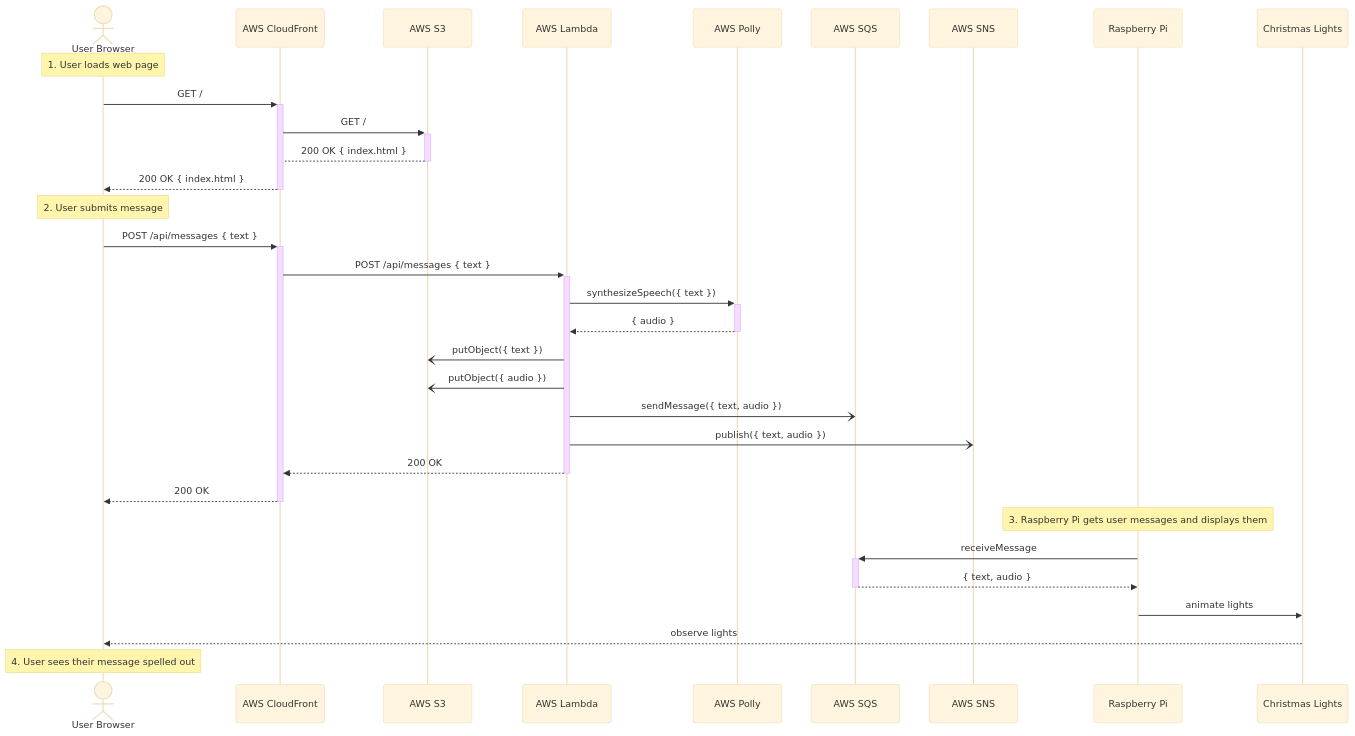
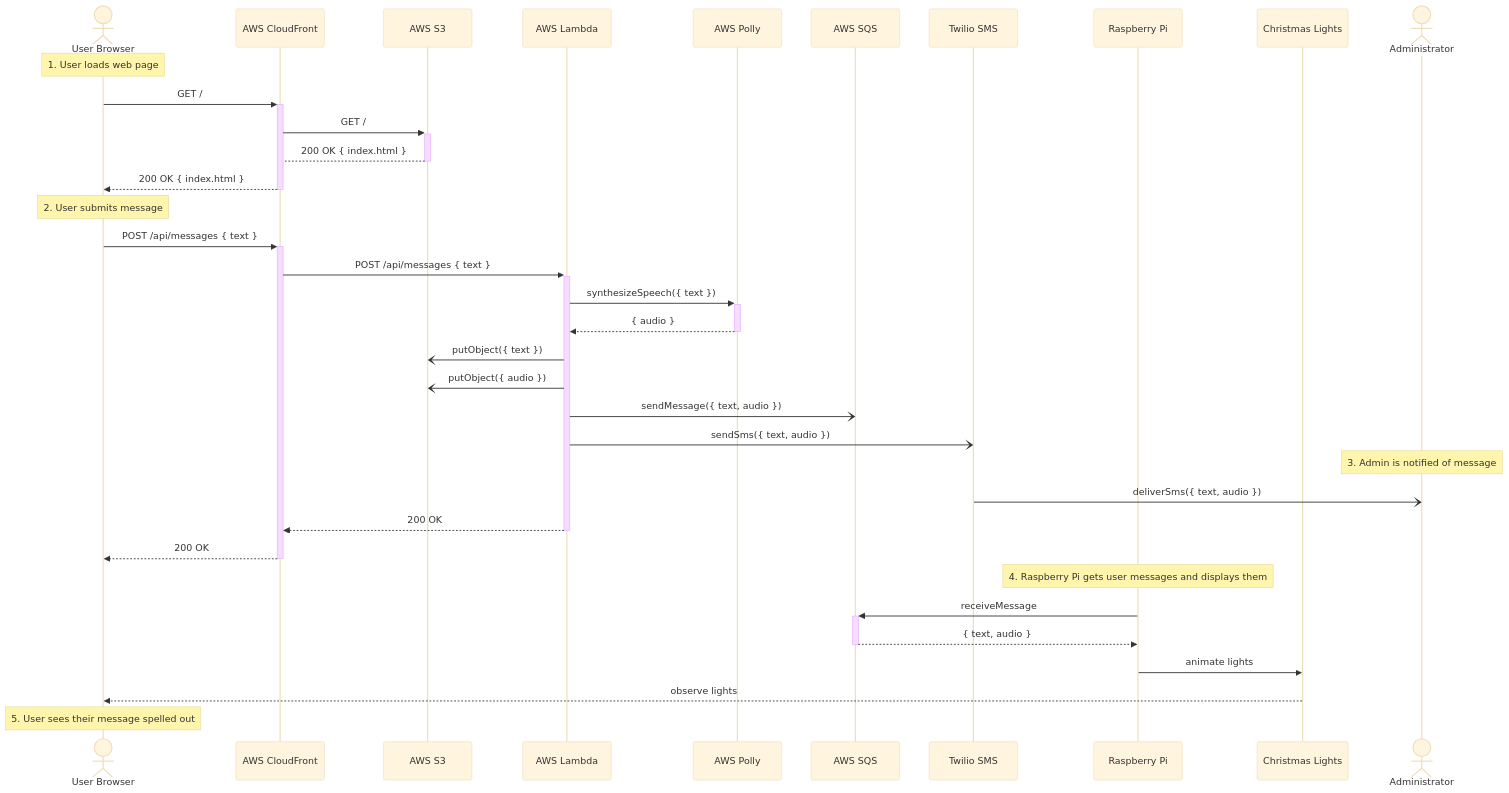
Before and after one commit to robertbullen/upside-down-messages: the diagram in README.md, drawn with Mermaid (base theme). The commit also changed other lines of this file and 37 other files, not shown here.

````diff
--- a/README.md
+++ b/README.md
@@ -29,44 +31,48 @@
 ```mermaid
 sequenceDiagram
     actor user as User Browser
     participant cloudfront as AWS CloudFront
     participant s3 as AWS S3
     participant lambda as AWS Lambda
     participant polly as AWS Polly
     participant sqs as AWS SQS
-    participant sns as AWS SNS
+    participant twilio as Twilio SMS
     participant pi as Raspberry Pi
     participant lights as Christmas Lights
+    actor admin as Administrator
 
     Note over user: 1. User loads web page
 
     user->>+cloudfront: GET /
         cloudfront->>+s3: GET /
         s3-->-cloudfront: 200 OK { index.html }
     cloudfront-->>-user: 200 OK { index.html }
 
     Note over user: 2. User submits message
 
     user->>+cloudfront: POST /api/messages { text }
         cloudfront->>+lambda: POST /api/messages { text }
             lambda->>+polly: synthesizeSpeech({ text })
             polly-->>-lambda: { audio }
 
             lambda-)s3: putObject({ text })
             lambda-)s3: putObject({ audio })
     
             lambda-)sqs: sendMessage({ text, audio })
 
-            lambda-)sns: publish({ text, audio })
+            lambda-)twilio: sendSms({ text, audio })
+
+            Note over admin: 3. Admin is notified of message
+            twilio-)admin: deliverSms({ text, audio })
         lambda-->>-cloudfront: 200 OK
     cloudfront-->>-user: 200 OK
 
-    Note over pi: 3. Raspberry Pi gets user messages and displays them
+    Note over pi: 4. Raspberry Pi gets user messages and displays them
 
     pi->>+sqs: receiveMessage
     sqs-->>-pi: { text, audio }
     pi->>lights: animate lights
     
     lights-->>user: observe lights
-    Note over user: 4. User sees their message spelled out
+    Note over user: 5. User sees their message spelled out
 ```
````
